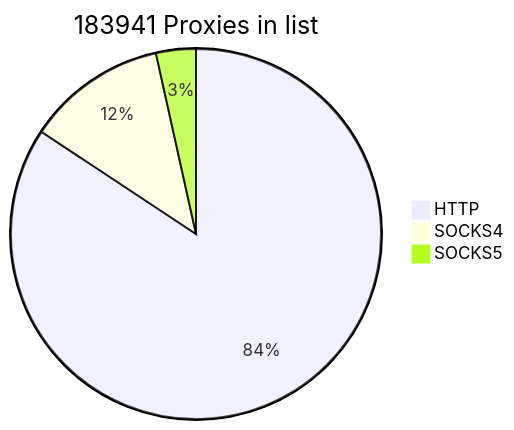
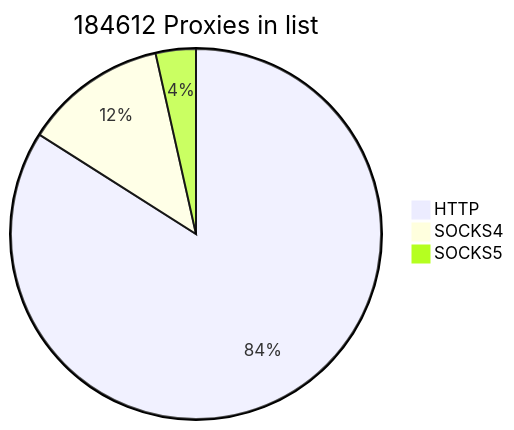
Before and after one commit to cutipu/proxylist: the first of 2 diagrams in README.md, drawn with Mermaid. The commit also changed other lines of this file, not shown here.

````diff
--- a/README.md
+++ b/README.md
@@ -2,7 +2,7 @@
 ```mermaid
-pie title 183941 Proxies in list
-    "HTTP" : 155053
-    "SOCKS4" : 22494
-    "SOCKS5" : 6394
+pie title 184612 Proxies in list
+    "HTTP" : 155072
+    "SOCKS4" : 23066
+    "SOCKS5" : 6474
             
 ```
````
